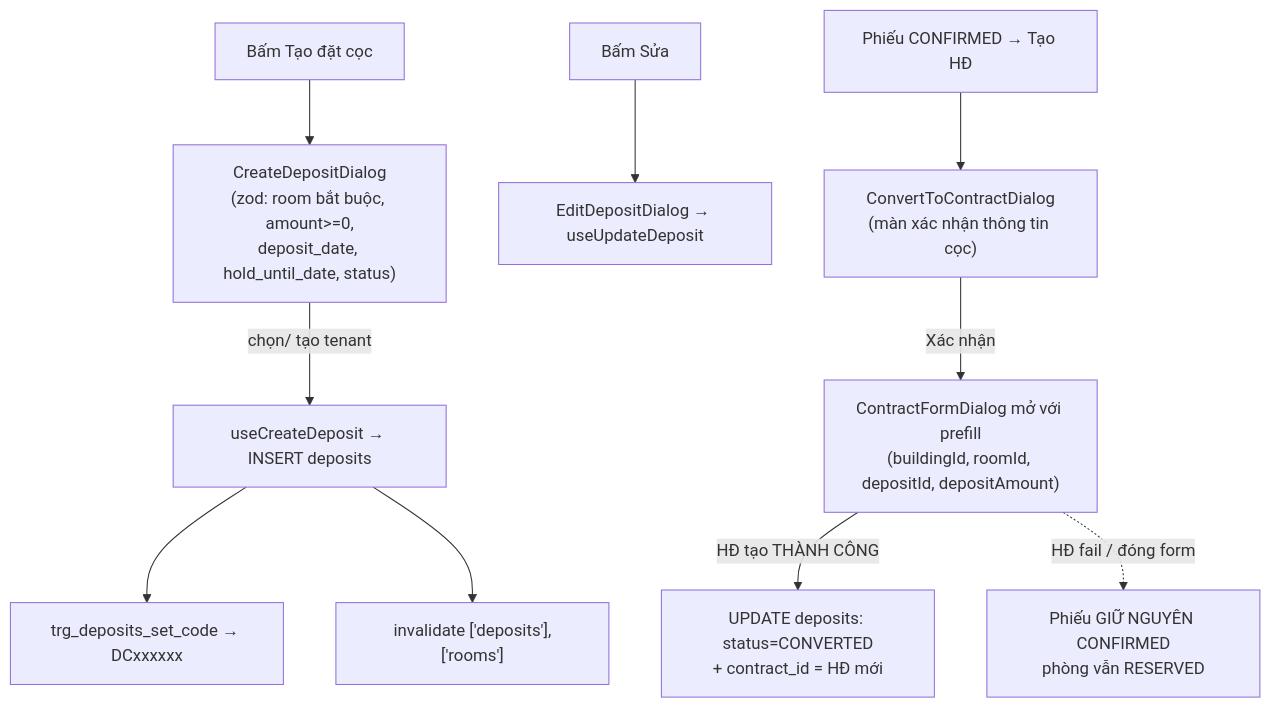
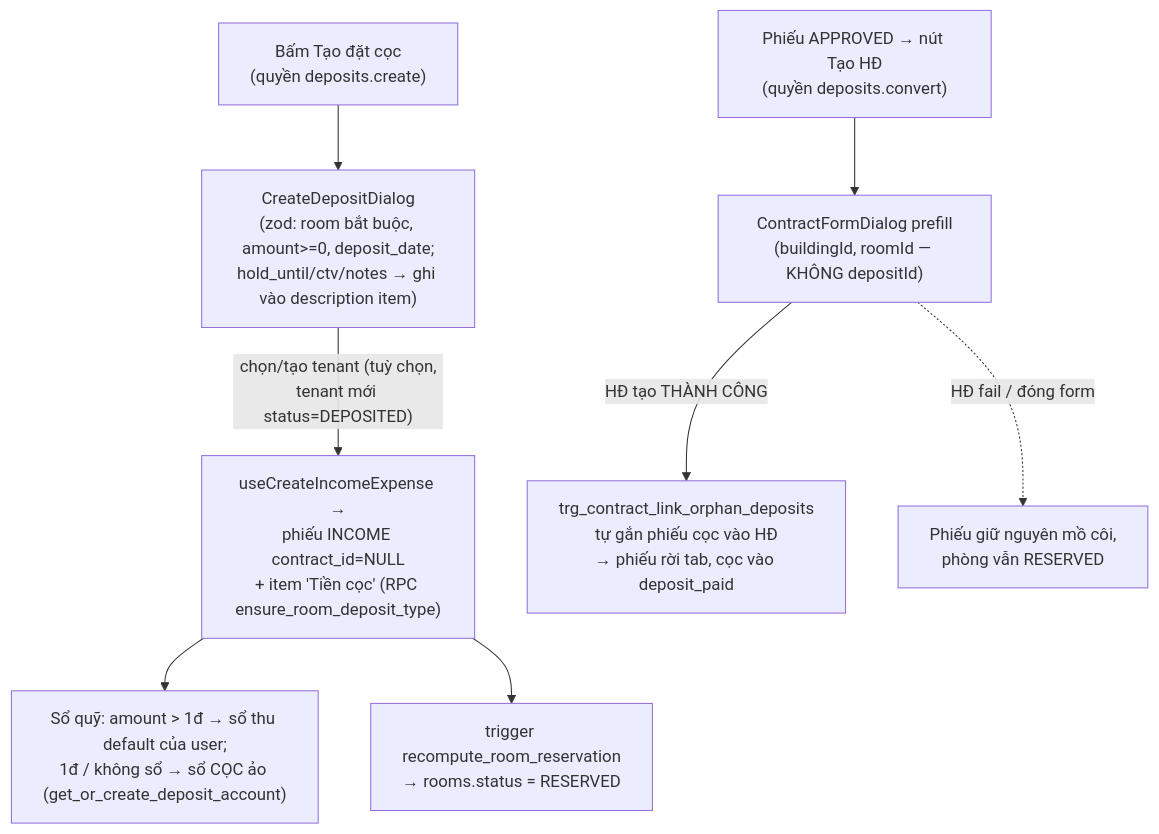
The fourth of 5 diagrams in docs/he-thong/04-coc-giu-cho.md (zxGreenxz/whiteboard-ihomecrm), drawn with Mermaid before and after one commit. The commit also changed other lines of this file and 20 other files, not shown here.

First line of the commit message:
docs(he-thong): đại tu toàn bộ 21 file — khớp code 2026-07-03 + 2 doc mới (17 lương, 18 Zalo)

````diff
--- a/docs/he-thong/04-coc-giu-cho.md
+++ b/docs/he-thong/04-coc-giu-cho.md
@@ -383,12 +422,10 @@
 ```mermaid
 flowchart TD
-    A["Bấm Tạo đặt cọc"] --> B["CreateDepositDialog<br/>(zod: room bắt buộc, amount>=0,<br/>deposit_date, hold_until_date, status)"]
-    B -->|chọn/ tạo tenant| C["useCreateDeposit → INSERT deposits"]
-    C --> D["trg_deposits_set_code → DCxxxxxx"]
-    C --> E["invalidate ['deposits'],['rooms']"]
-    F["Bấm Sửa"] --> G["EditDepositDialog → useUpdateDeposit"]
-    H["Phiếu CONFIRMED → Tạo HĐ"] --> I["ConvertToContractDialog<br/>(màn xác nhận thông tin cọc)"]
-    I -->|"Xác nhận"| J["ContractFormDialog mở với prefill<br/>(buildingId, roomId, depositId, depositAmount)"]
-    J -->|"HĐ tạo THÀNH CÔNG"| K["UPDATE deposits: status=CONVERTED<br/>+ contract_id = HĐ mới"]
-    J -.->|"HĐ fail / đóng form"| L["Phiếu GIỮ NGUYÊN CONFIRMED<br/>phòng vẫn RESERVED"]
+    A["Bấm Tạo đặt cọc<br/>(quyền deposits.create)"] --> B["CreateDepositDialog<br/>(zod: room bắt buộc, amount>=0, deposit_date;<br/>hold_until/ctv/notes → ghi vào description item)"]
+    B -->|"chọn/tạo tenant (tuỳ chọn,<br/>tenant mới status=DEPOSITED)"| C["useCreateIncomeExpense →<br/>phiếu INCOME contract_id=NULL<br/>+ item 'Tiền cọc' (RPC ensure_room_deposit_type)"]
+    C --> D["Sổ quỹ: amount > 1đ → sổ thu default của user;<br/>1đ / không sổ → sổ CỌC ảo (get_or_create_deposit_account)"]
+    C --> E["trigger recompute_room_reservation<br/>→ rooms.status = RESERVED"]
+    F["Phiếu APPROVED → nút Tạo HĐ<br/>(quyền deposits.convert)"] --> G["ContractFormDialog prefill<br/>(buildingId, roomId — KHÔNG depositId)"]
+    G -->|"HĐ tạo THÀNH CÔNG"| H["trg_contract_link_orphan_deposits<br/>tự gắn phiếu cọc vào HĐ<br/>→ phiếu rời tab, cọc vào deposit_paid"]
+    G -.->|"HĐ fail / đóng form"| I["Phiếu giữ nguyên mồ côi,<br/>phòng vẫn RESERVED"]
 ```
````
